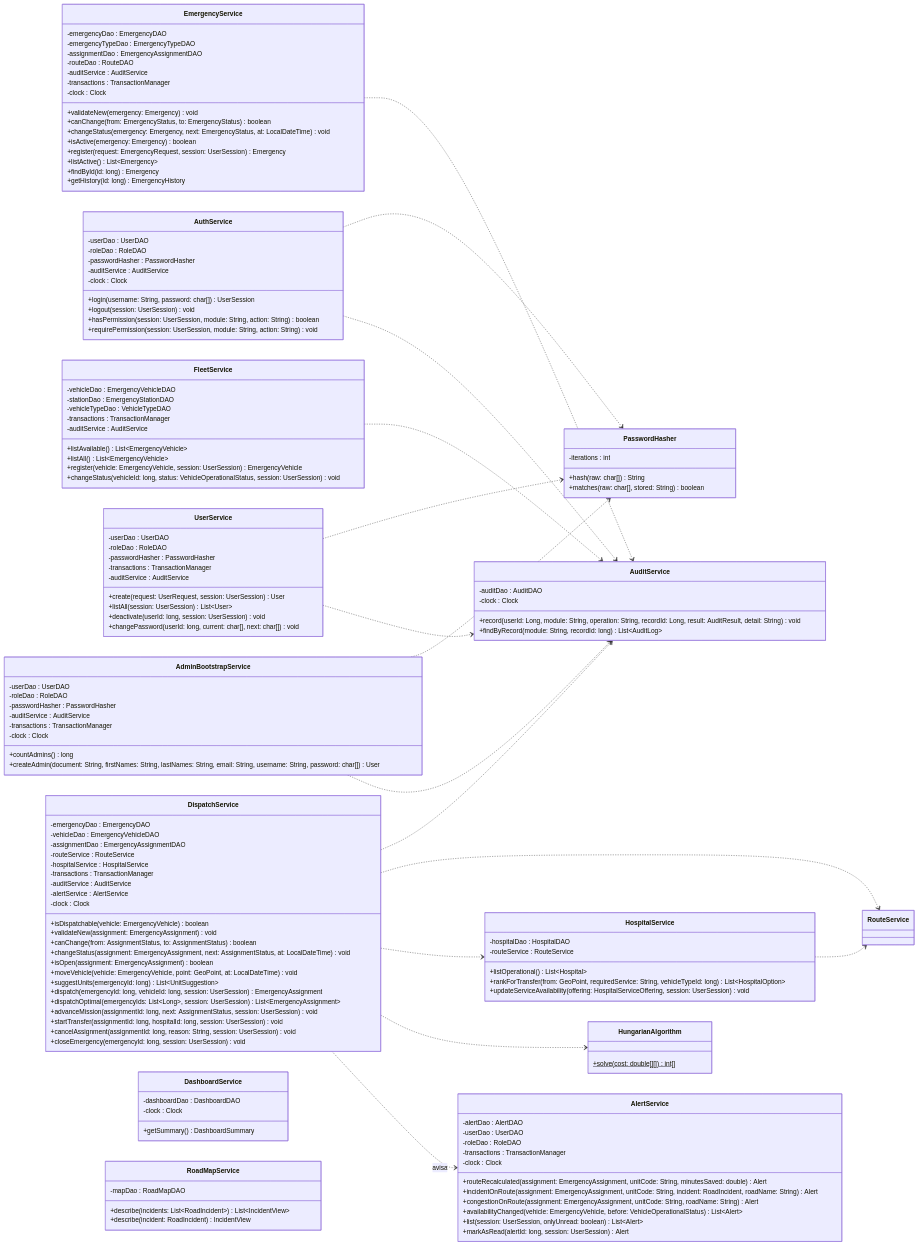
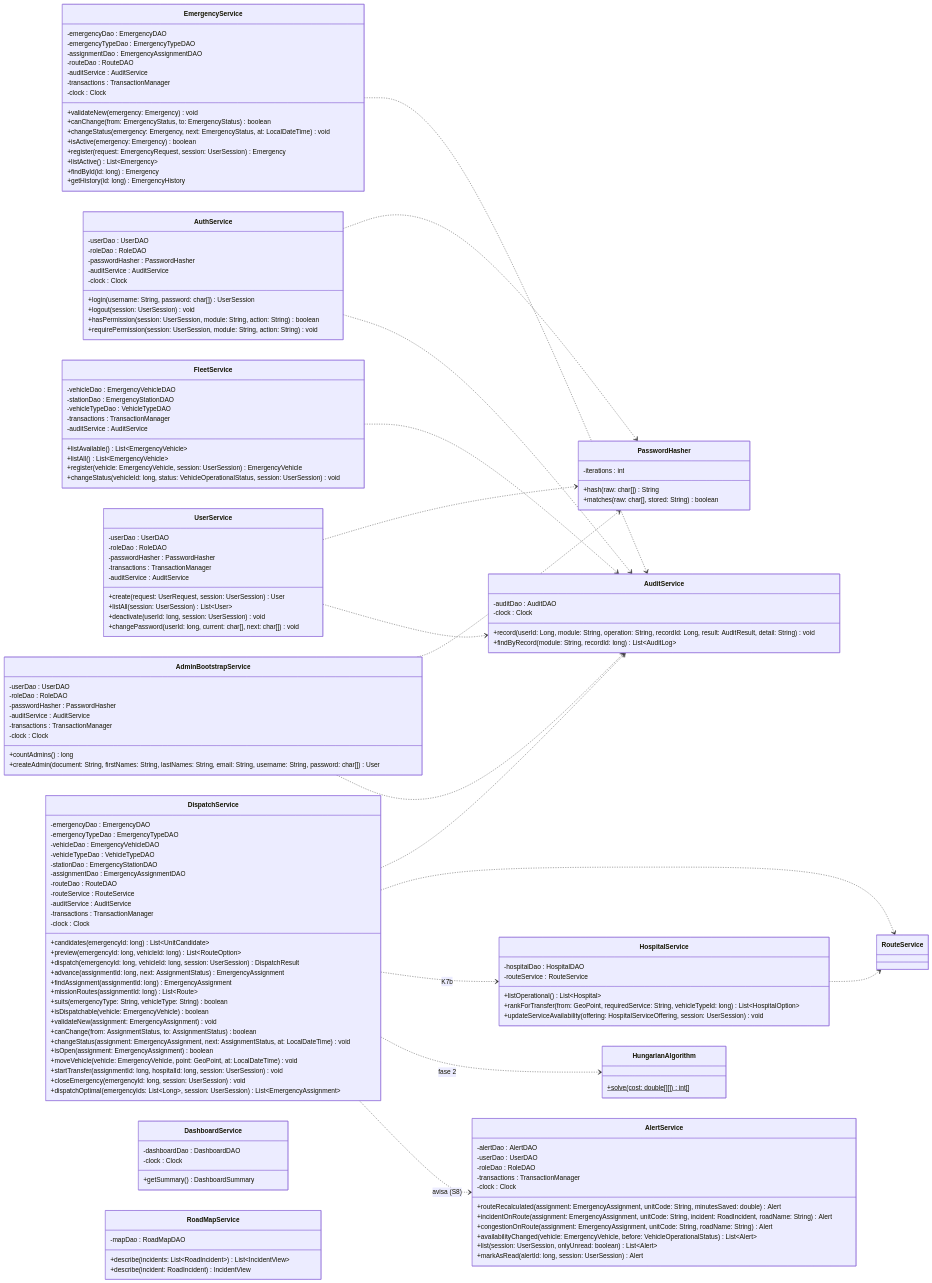
One commit to afzabaleta/RutaVida changed diagram 15 of 24 in docs/class-diagram.md. Above: the diagram before and after it, drawn with Mermaid. The commit also changed other lines of this file and 2 other files, not shown here.

Commit message:
docs: document-dispatch

````diff
--- a/docs/class-diagram.md
+++ b/docs/class-diagram.md
@@ -1043,27 +1043,32 @@
     }
     class DispatchService {
         -emergencyDao : EmergencyDAO
+        -emergencyTypeDao : EmergencyTypeDAO
         -vehicleDao : EmergencyVehicleDAO
+        -vehicleTypeDao : VehicleTypeDAO
+        -stationDao : EmergencyStationDAO
         -assignmentDao : EmergencyAssignmentDAO
+        -routeDao : RouteDAO
         -routeService : RouteService
-        -hospitalService : HospitalService
+        -auditService : AuditService
         -transactions : TransactionManager
-        -auditService : AuditService
-        -alertService : AlertService
         -clock : Clock
+        +candidates(emergencyId: long) List~UnitCandidate~
+        +preview(emergencyId: long, vehicleId: long) List~RouteOption~
+        +dispatch(emergencyId: long, vehicleId: long, session: UserSession) DispatchResult
+        +advance(assignmentId: long, next: AssignmentStatus) EmergencyAssignment
+        +findAssignment(assignmentId: long) EmergencyAssignment
+        +missionRoutes(assignmentId: long) List~Route~
+        +suits(emergencyType: String, vehicleType: String) boolean
         +isDispatchable(vehicle: EmergencyVehicle) boolean
         +validateNew(assignment: EmergencyAssignment) void
         +canChange(from: AssignmentStatus, to: AssignmentStatus) boolean
         +changeStatus(assignment: EmergencyAssignment, next: AssignmentStatus, at: LocalDateTime) void
         +isOpen(assignment: EmergencyAssignment) boolean
         +moveVehicle(vehicle: EmergencyVehicle, point: GeoPoint, at: LocalDateTime) void
-        +suggestUnits(emergencyId: long) List~UnitSuggestion~
-        +dispatch(emergencyId: long, vehicleId: long, session: UserSession) EmergencyAssignment
+        +startTransfer(assignmentId: long, hospitalId: long, session: UserSession) void
+        +closeEmergency(emergencyId: long, session: UserSession) void
         +dispatchOptimal(emergencyIds: List~Long~, session: UserSession) List~EmergencyAssignment~
-        +advanceMission(assignmentId: long, next: AssignmentStatus, session: UserSession) void
-        +startTransfer(assignmentId: long, hospitalId: long, session: UserSession) void
-        +cancelAssignment(assignmentId: long, reason: String, session: UserSession) void
-        +closeEmergency(emergencyId: long, session: UserSession) void
     }
     class HungarianAlgorithm {
         +solve(cost: double[][]) int[]$
@@ -1126,8 +1131,8 @@
     DispatchService ..> AuditService
     FleetService ..> AuditService
     DispatchService ..> RouteService
-    DispatchService ..> HospitalService
-    DispatchService ..> HungarianAlgorithm
-    DispatchService ..> AlertService : avisa
+    DispatchService ..> HospitalService : K7b
+    DispatchService ..> HungarianAlgorithm : fase 2
+    DispatchService ..> AlertService : avisa (S8)
     HospitalService ..> RouteService
 ```
````
